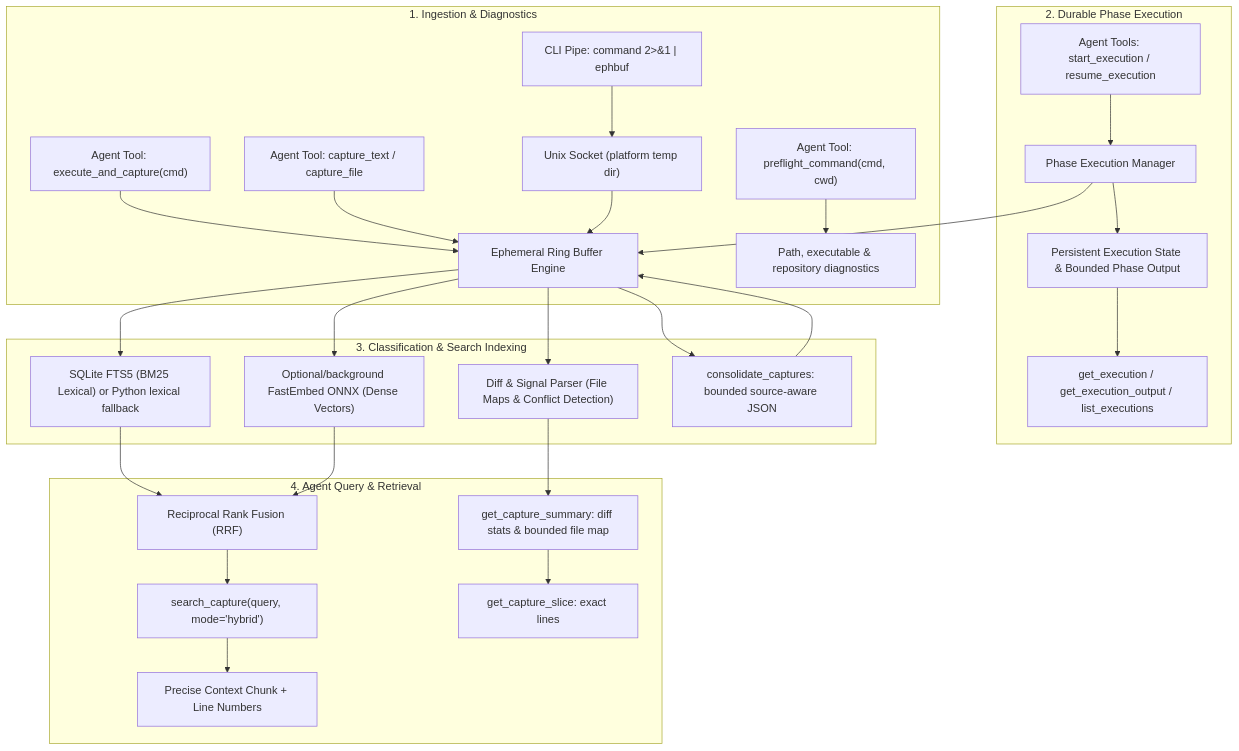
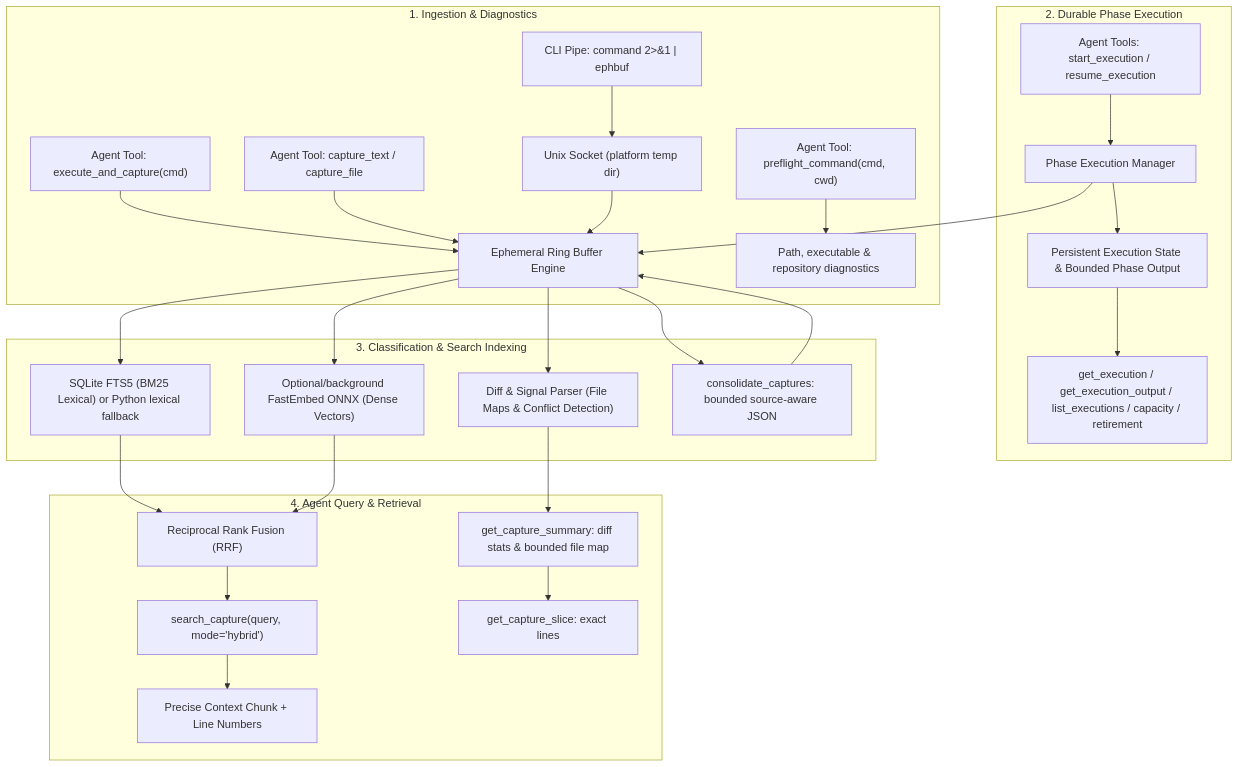
The diagram in README.md (k-rister/ephemeral-buffer-mcp), drawn with Mermaid before and after one commit. The commit also changed other lines of this file and 8 other files, not shown here.

First line of the commit message:
Add durable execution capacity and retirement tools

````diff
--- a/README.md
+++ b/README.md
@@ -425,33 +425,33 @@
 ```mermaid
 flowchart TD
     subgraph Ingestion["1. Ingestion & Diagnostics"]
         A["CLI Pipe: command 2>&1 | ephbuf"] --> D["Unix Socket (platform temp dir)"]
         B["Agent Tool: execute_and_capture(cmd)"] --> E["Ephemeral Ring Buffer Engine"]
         C["Agent Tool: capture_text / capture_file"] --> E
         D --> E
         P["Agent Tool: preflight_command(cmd, cwd)"] --> Q["Path, executable & repository diagnostics"]
     end
 
     subgraph Execution["2. Durable Phase Execution"]
         X["Agent Tools: start_execution / resume_execution"] --> Y["Phase Execution Manager"]
         Y --> Z["Persistent Execution State & Bounded Phase Output"]
         Y --> E
-        Z --> AA["get_execution / get_execution_output / list_executions"]
+        Z --> AA["get_execution / get_execution_output / list_executions / capacity / retirement"]
     end
 
     subgraph Indexing["3. Classification & Search Indexing"]
         E --> F["SQLite FTS5 (BM25 Lexical) or Python lexical fallback"]
         E --> G["Optional/background FastEmbed ONNX (Dense Vectors)"]
         E --> K["Diff & Signal Parser (File Maps & Conflict Detection)"]
         E --> M["consolidate_captures: bounded source-aware JSON"]
         M --> E
     end
 
     subgraph Querying["4. Agent Query & Retrieval"]
         F & G --> H["Reciprocal Rank Fusion (RRF)"]
         H --> I["search_capture(query, mode='hybrid')"]
         K --> L["get_capture_summary: diff stats & bounded file map"]
         L --> N["get_capture_slice: exact lines"]
         I --> J["Precise Context Chunk + Line Numbers"]
     end
 ```
````
